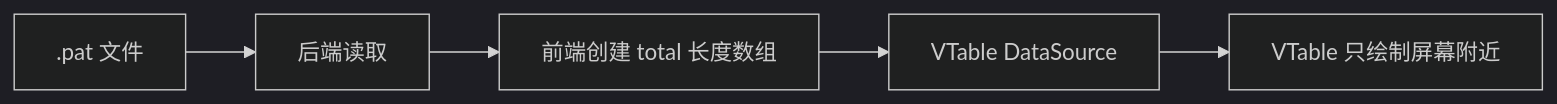
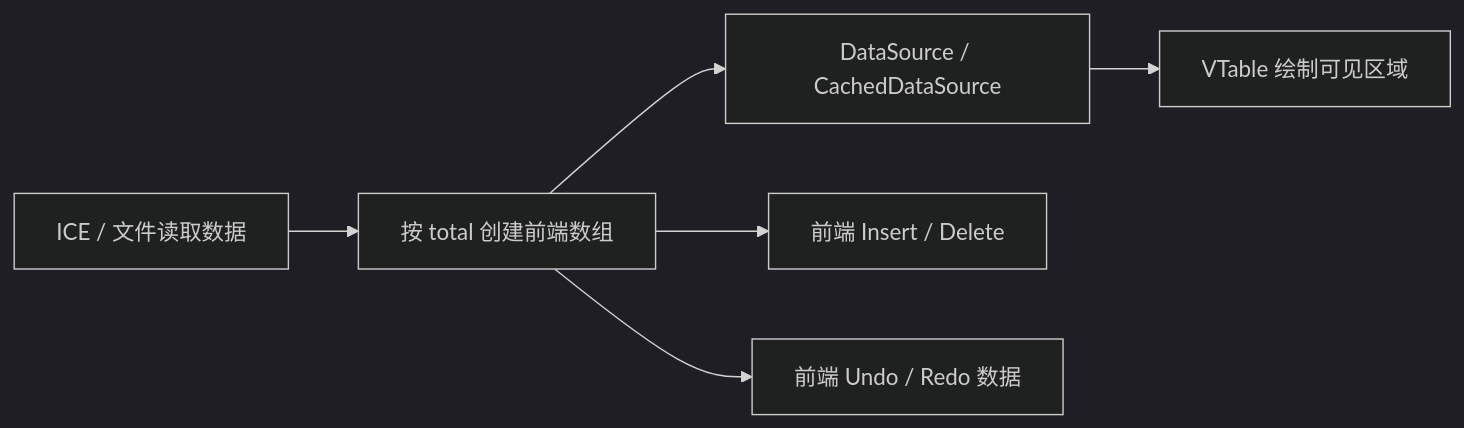
One commit to a306796405/huge-vtable changed the first of 14 diagrams in docs/v22-lite-markdown-technical-solution.md. Above: the diagram before and after it, drawn with Mermaid (dark theme). The commit also changed other lines of this file and 2 other files, not shown here.

Commit message:
docs: rewrite pattern solution for frontend and ice server

````diff
--- a/docs/v22-lite-markdown-technical-solution.md
+++ b/docs/v22-lite-markdown-technical-solution.md
@@ -28,7 +126,8 @@
 ```mermaid
 flowchart LR
-    File[".pat 文件"] --> Backend["后端读取"]
-    Backend --> Array["前端创建 total 长度数组"]
-    Array --> DS["VTable DataSource"]
-    DS --> Canvas["VTable 只绘制屏幕附近"]
+    A["ICE / 文件读取数据"] --> B["按 total 创建前端数组"]
+    B --> C["DataSource / CachedDataSource"]
+    C --> D["VTable 绘制可见区域"]
+    B --> E["前端 Insert / Delete"]
+    B --> F["前端 Undo / Redo 数据"]
 ```
````
